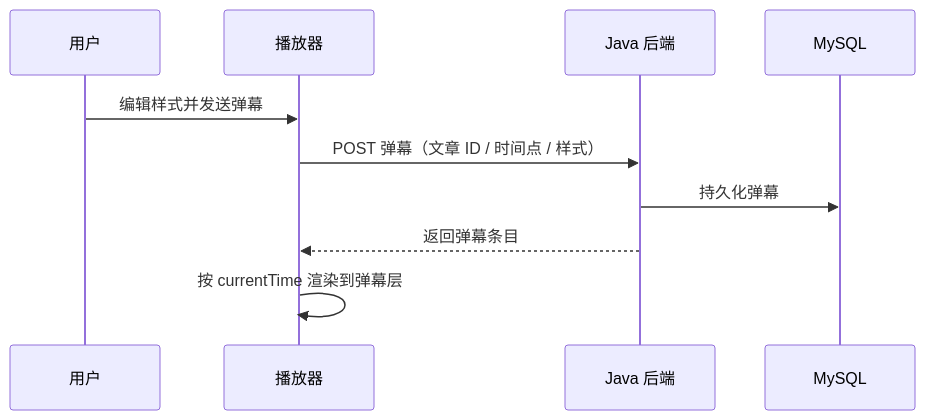
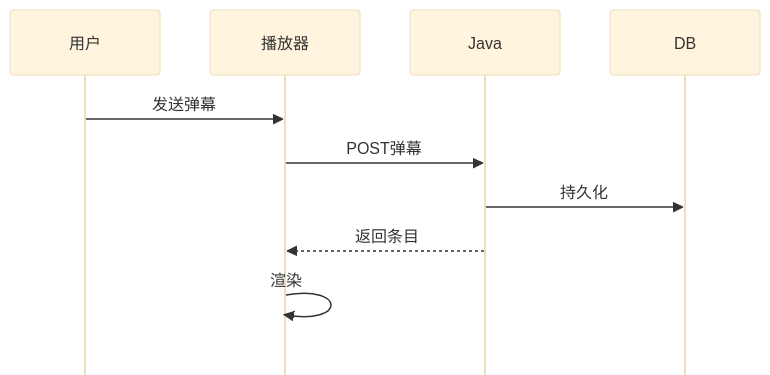
Before and after one commit to pluchon/mengmeng_forum: the sixth of 22 diagrams in README.md, drawn with Mermaid. The commit also changed other lines of this file and 2 other files, not shown here.

````diff
--- a/README.md
+++ b/README.md
@@ -425,13 +293,14 @@
 ```mermaid
+%%{init: {'theme':'base', 'sequence': {'mirrorActors': false, 'actorFontSize': 11}}}%%
 sequenceDiagram
   participant U as 用户
   participant FE as 播放器
-  participant J as Java 后端
-  participant DB as MySQL
+  participant J as Java
+  participant DB as DB
 
-  U->>FE: 编辑样式并发送弹幕
-  FE->>J: POST 弹幕（文章 ID / 时间点 / 样式）
-  J->>DB: 持久化弹幕
-  J-->>FE: 返回弹幕条目
-  FE->>FE: 按 currentTime 渲染到弹幕层
+  U->>FE: 发送弹幕
+  FE->>J: POST弹幕
+  J->>DB: 持久化
+  J-->>FE: 返回条目
+  FE->>FE: 渲染
 ```
````
